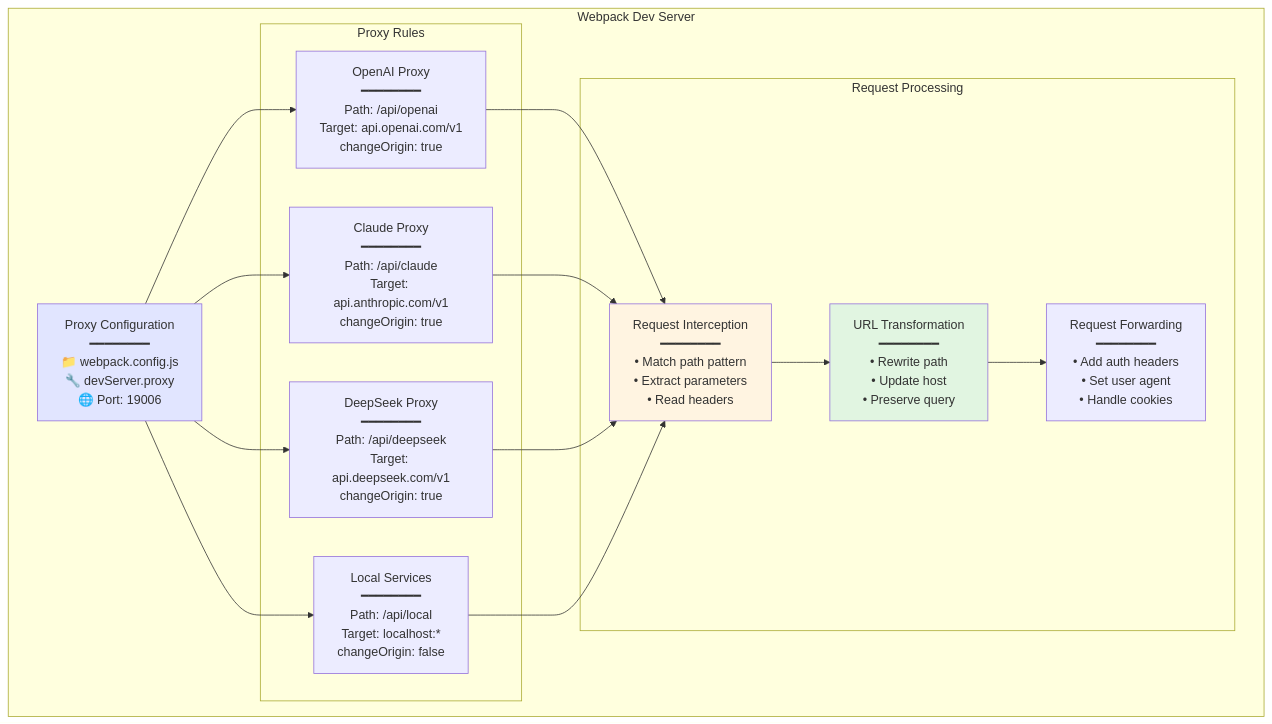
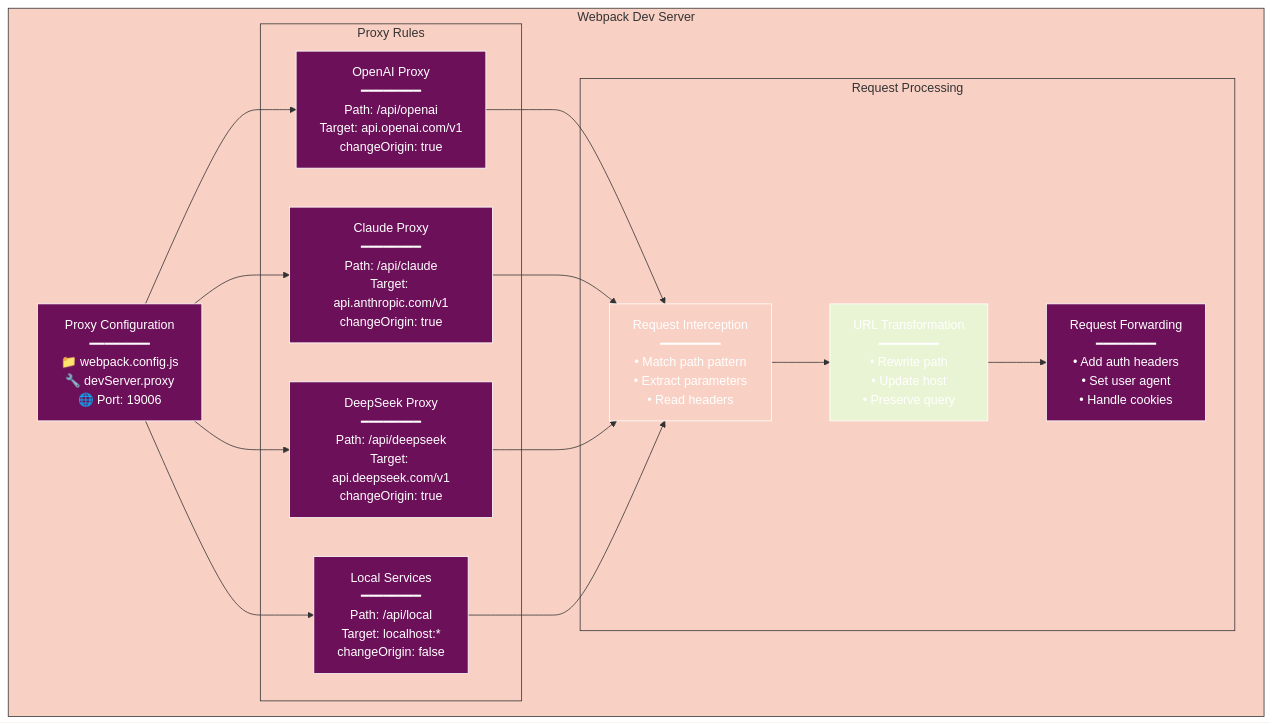
Before and after one commit to radicalkjax/Athena: the sixth of 22 diagrams in docs/API_CORS_HANDLING.md, drawn with Mermaid. The commit also changed other lines of this file and 27 other files, not shown here.

Commit message:
Introduction of expo package manager. Updated docs to reflect changes. Unified mermaid theme for docs.

````diff
--- a/docs/API_CORS_HANDLING.md
+++ b/docs/API_CORS_HANDLING.md
@@ -279,36 +384,57 @@
 ```mermaid
+%%{init: {
+  'theme': 'base',
+  'themeVariables': {
+    'primaryColor': '#6d105a',
+    'primaryTextColor': '#ffffff',
+    'primaryBorderColor': '#ffffff',
+    'lineColor': '#333333',
+    'secondaryColor': '#e8f4d4',
+    'secondaryTextColor': '#333333',
+    'secondaryBorderColor': '#333333',
+    'tertiaryColor': '#f9d0c4',
+    'tertiaryTextColor': '#333333',
+    'tertiaryBorderColor': '#333333',
+    'background': '#ffffff',
+    'mainBkg': '#6d105a',
+    'secondBkg': '#e8f4d4',
+    'tertiaryBkg': '#f9d0c4',
+    'textColor': '#333333',
+    'fontFamily': 'Arial, sans-serif'
+  }
+}}%%
 graph TB
     subgraph "Webpack Dev Server"
         Config[Proxy Configuration<br/>━━━━━━━━<br/>📁 webpack.config.js<br/>🔧 devServer.proxy<br/>🌐 Port: 19006]
         
         subgraph "Proxy Rules"
             R1[OpenAI Proxy<br/>━━━━━━━━<br/>Path: /api/openai<br/>Target: api.openai.com/v1<br/>changeOrigin: true]
             R2[Claude Proxy<br/>━━━━━━━━<br/>Path: /api/claude<br/>Target: api.anthropic.com/v1<br/>changeOrigin: true]
             R3[DeepSeek Proxy<br/>━━━━━━━━<br/>Path: /api/deepseek<br/>Target: api.deepseek.com/v1<br/>changeOrigin: true]
             R4[Local Services<br/>━━━━━━━━<br/>Path: /api/local<br/>Target: localhost:*<br/>changeOrigin: false]
         end
         
         subgraph "Request Processing"
             Intercept[Request Interception<br/>━━━━━━━━<br/>• Match path pattern<br/>• Extract parameters<br/>• Read headers]
             Transform[URL Transformation<br/>━━━━━━━━<br/>• Rewrite path<br/>• Update host<br/>• Preserve query]
             Forward[Request Forwarding<br/>━━━━━━━━<br/>• Add auth headers<br/>• Set user agent<br/>• Handle cookies]
         end
     end
     
     Config --> R1
     Config --> R2
     Config --> R3
     Config --> R4
     
     R1 --> Intercept
     R2 --> Intercept
     R3 --> Intercept
     R4 --> Intercept
     
     Intercept --> Transform
     Transform --> Forward
     
-    style Config fill:#e1e5ff
-    style Intercept fill:#fff4e1
-    style Transform fill:#e1f5e1
+    style Config fill:#6d105a
+    style Intercept fill:#f9d0c4
+    style Transform fill:#e8f4d4
 ```
````
